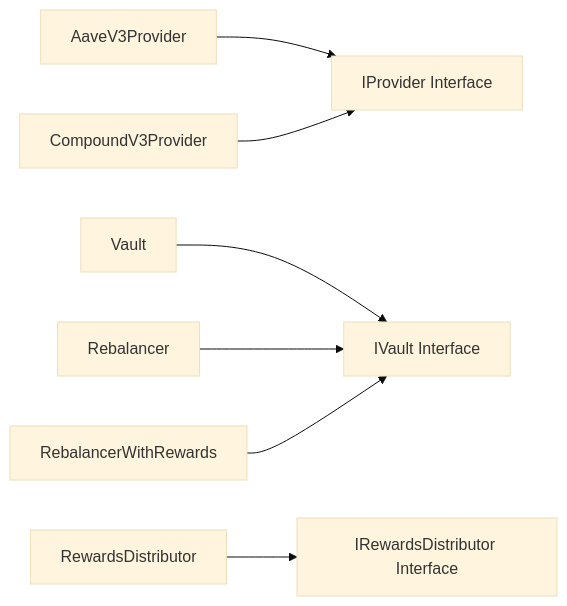
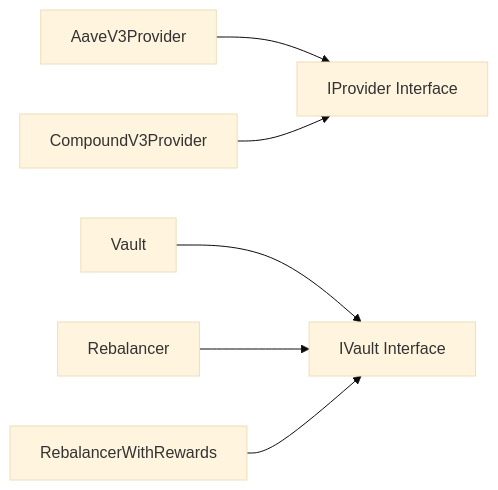
One commit to Thesauros/contracts changed the sixth of 6 diagrams in docs/shemes/contract-interaction-diagram.md. Above: the diagram before and after it, drawn with Mermaid (base theme). The commit also changed other lines of this file and 13 other files, not shown here.

````diff
--- a/docs/shemes/contract-interaction-diagram.md
+++ b/docs/shemes/contract-interaction-diagram.md
@@ -216,15 +190,12 @@
 ```mermaid
 graph LR
     IProvider[IProvider Interface]
     IVault[IVault Interface]
-    IRewardsDistributor[IRewardsDistributor Interface]
     
     AaveV3Provider --> IProvider
     CompoundV3Provider --> IProvider
     
     Vault --> IVault
     Rebalancer --> IVault
     RebalancerWithRewards --> IVault
-    
-    RewardsDistributor --> IRewardsDistributor
 ```
````
